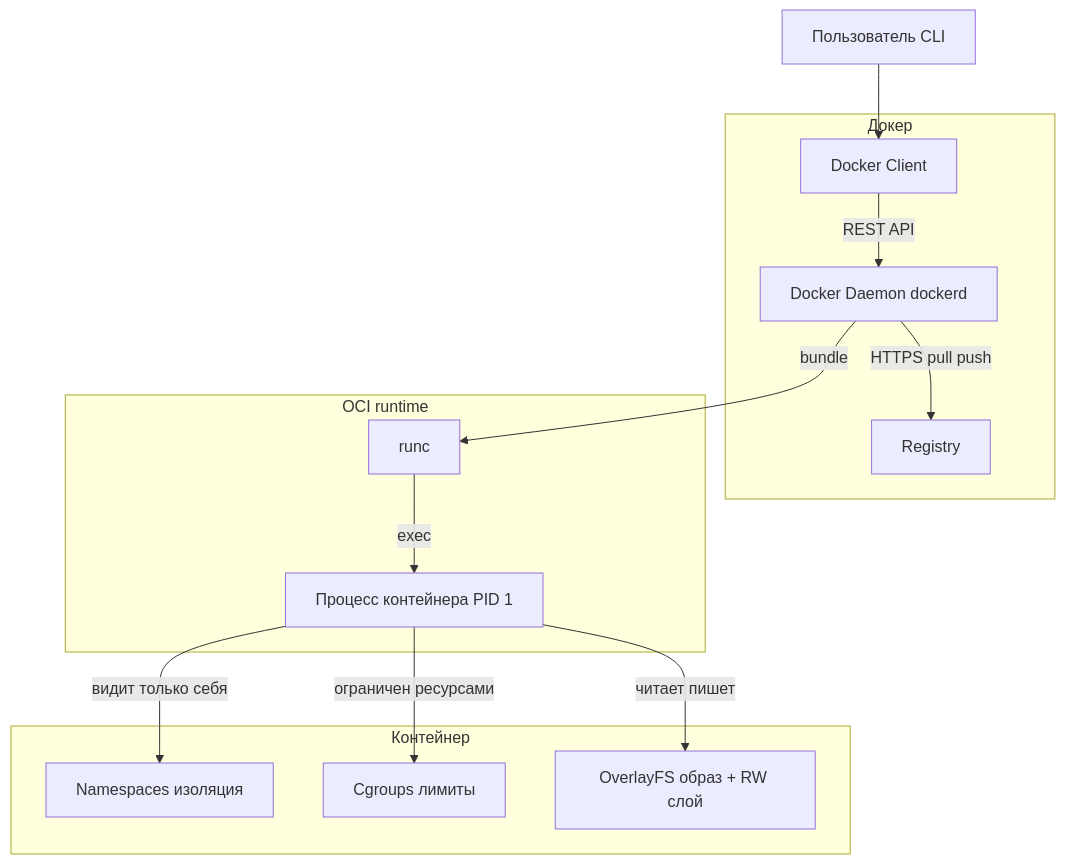
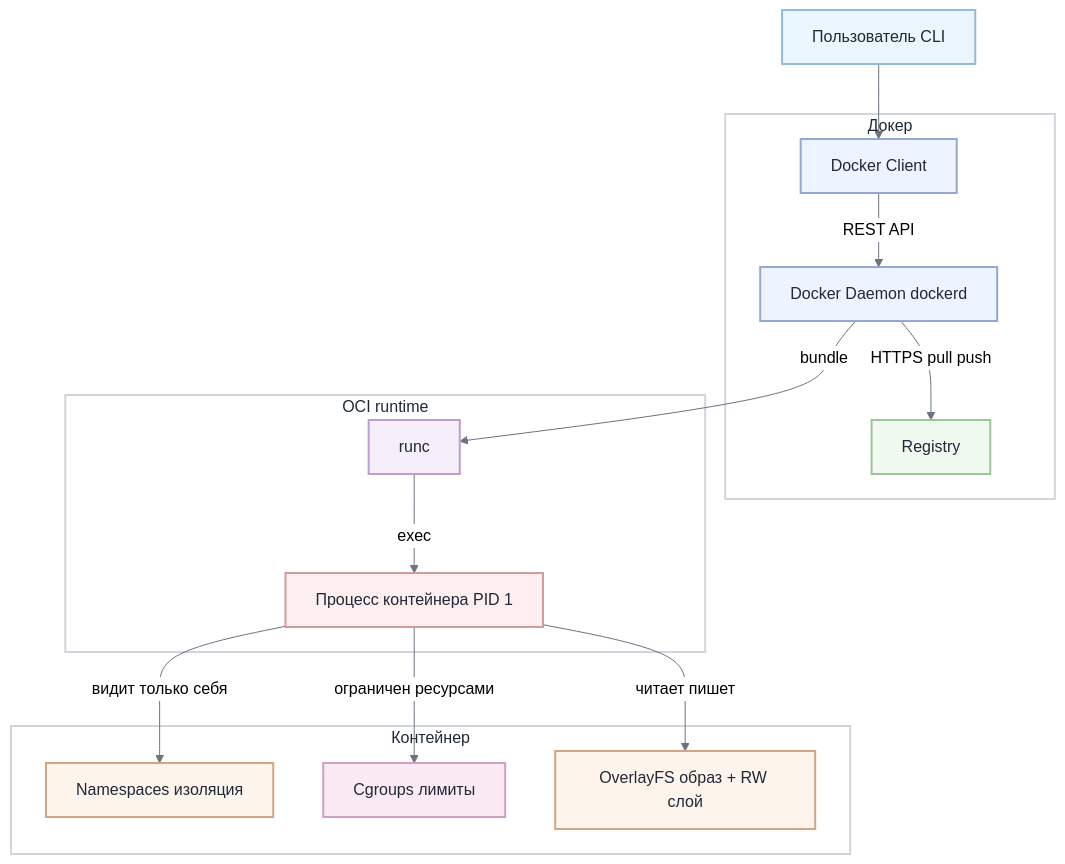
The first of 3 diagrams in docs/interview/docker-kubernetes.md (MishaSytch/middle_java_back), drawn with Mermaid before and after one commit. The commit also changed other lines of this file and 15 other files, not shown here.

````diff
--- a/docs/interview/docker-kubernetes.md
+++ b/docs/interview/docker-kubernetes.md
@@ -13,26 +13,47 @@
 ```mermaid
+%%{init: { 'theme': 'neutral', 'themeVariables': { 'primaryColor': '#ffffff', 'primaryTextColor': '#1f2937', 'lineColor': '#6b7280', 'primaryBorderColor': '#d1d5db', 'secondaryColor': '#f3f4f6', 'tertiaryColor': '#e5e7eb' } } }%%
 graph TB
     User[Пользователь CLI]
     subgraph Docker[Докер]
         Client[Docker Client]
         Daemon[Docker Daemon dockerd]
         Registry[Registry]
         Client -->|REST API| Daemon
         Daemon -->|HTTPS pull push| Registry
     end
     subgraph Runtime[OCI runtime]
         Runc[runc]
         Proc[Процесс контейнера PID 1]
         Runc -->|exec| Proc
     end
     subgraph Container[Контейнер]
         NS[Namespaces изоляция]
         CG[Cgroups лимиты]
         FS[OverlayFS образ + RW слой]
         Proc -->|видит только себя| NS
         Proc -->|ограничен ресурсами| CG
         Proc -->|читает пишет| FS
     end
     User --> Client
     Daemon -->|bundle| Runc
+    classDef n0 fill:#eaf5fd,stroke:#94bcd8,stroke-width:2px,color:#1f2937
+    classDef n1 fill:#eef4ff,stroke:#93a8d4,stroke-width:2px,color:#1f2937
+    classDef n2 fill:#ffffff,stroke:#d1d5db,stroke-width:2px,color:#1f2937
+    classDef n3 fill:#f0f9ef,stroke:#9dc49a,stroke-width:2px,color:#1f2937
+    classDef n4 fill:#f6eefa,stroke:#bb9ed4,stroke-width:2px,color:#1f2937
+    classDef n5 fill:#fdeef0,stroke:#d49a9c,stroke-width:2px,color:#1f2937
+    classDef n6 fill:#fdf4ec,stroke:#d4a582,stroke-width:2px,color:#1f2937
+    classDef n7 fill:#fbeaf3,stroke:#cf9fc2,stroke-width:2px,color:#1f2937
+    class User n0
+    class Client n1
+    class Daemon n1
+    class Registry n3
+    class Docker n2
+    class Runc n4
+    class Proc n5
+    class Runtime n2
+    class NS n6
+    class CG n7
+    class FS n6
+    class Container n2
 ```
````
